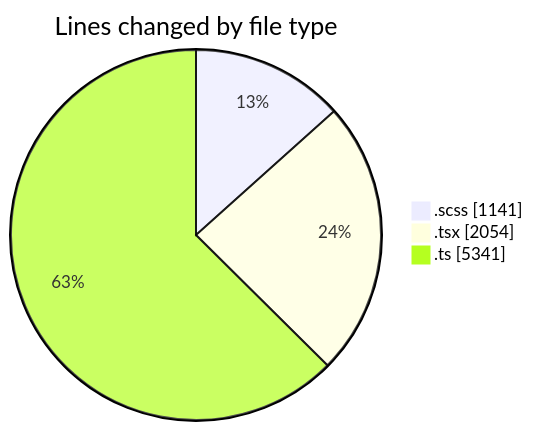
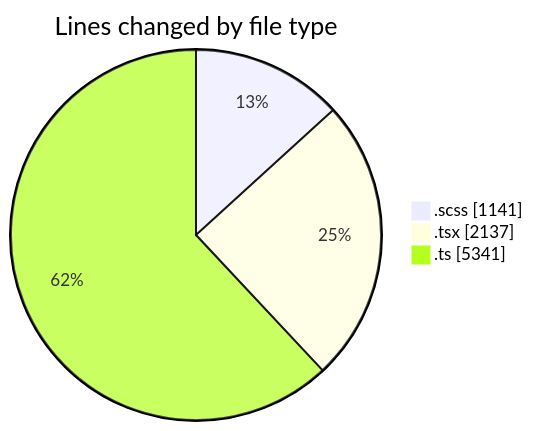
Before and after one commit to momahboobian/code-tracking: the first of 2 diagrams in 2025-03-28/cda/README.md, drawn with Mermaid. The commit also changed other lines of this file and 1 other file, not shown here.

````diff
--- a/2025-03-28/cda/README.md
+++ b/2025-03-28/cda/README.md
@@ -34,7 +35,7 @@
 ```mermaid
 pie showData
 title Lines changed by file type
 ".scss" : 1141
-".tsx" : 2054
+".tsx" : 2137
 ".ts" : 5341
 ```
````
